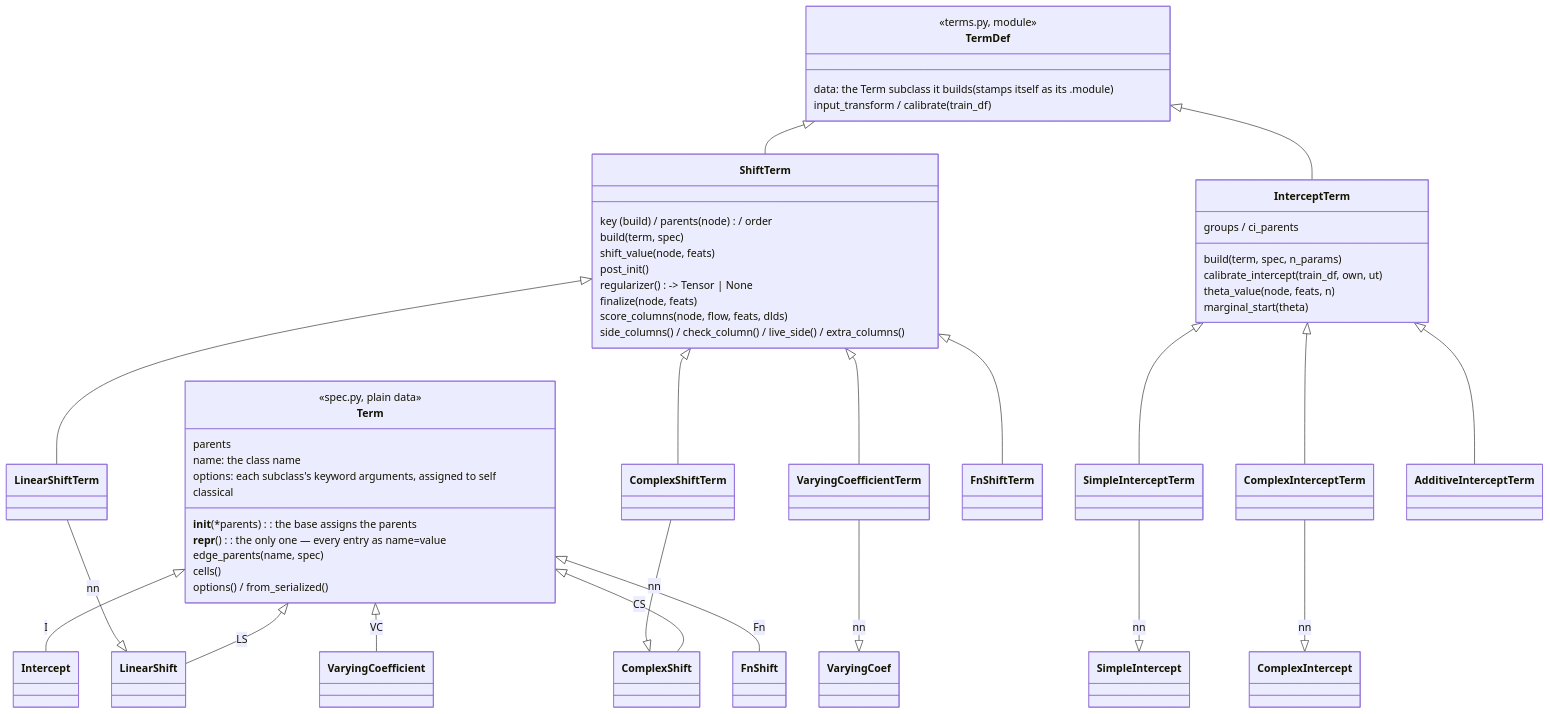
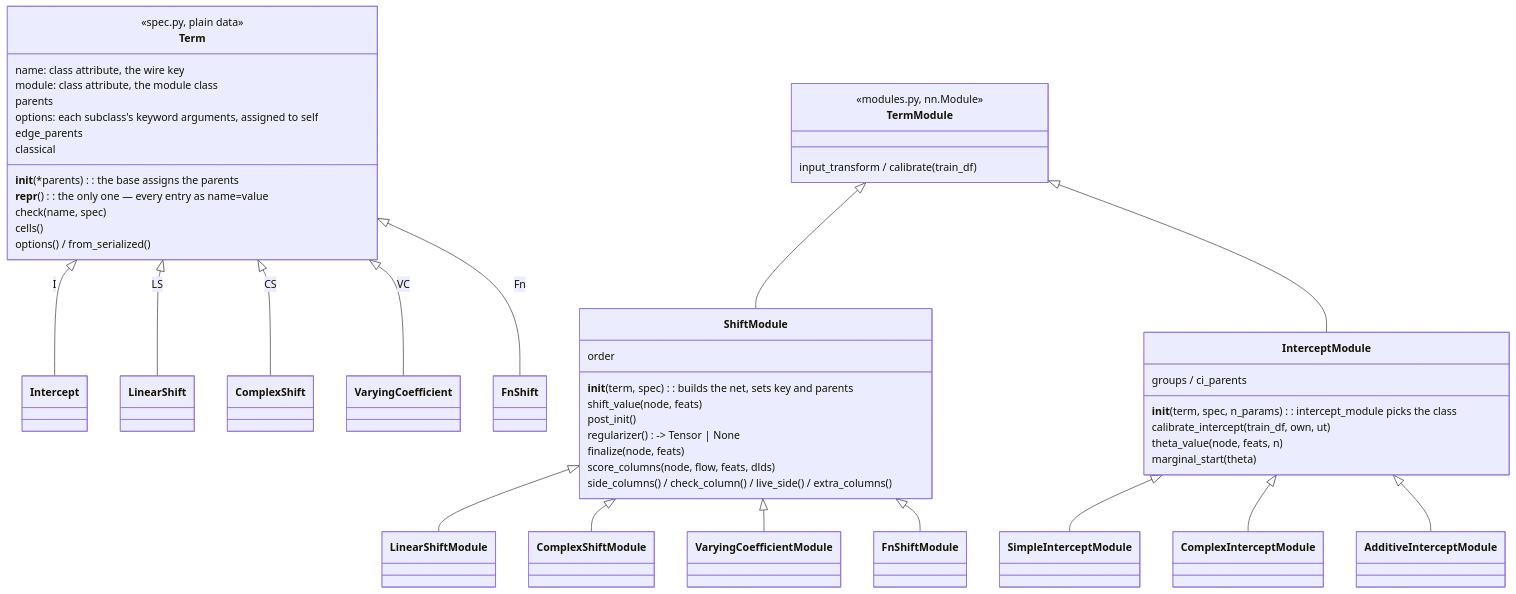
The second of 6 diagrams in docs/architecture.md (tensorchiefs/tramdag), drawn with Mermaid before and after one commit. The commit also changed other lines of this file and 8 other files, not shown here.

````diff
--- a/docs/architecture.md
+++ b/docs/architecture.md
@@ -51,56 +56,52 @@
 ```mermaid
 classDiagram
     class Term {
         <<spec.py, plain data>>
+        name: class attribute, the wire key
+        module: class attribute, the module class
         parents
-        name: the class name
         __init__(*parents): the base assigns the parents
         options: each subclass's keyword arguments, assigned to self
         __repr__(): the only one — every entry as name=value
-        edge_parents(name, spec)
+        check(name, spec)
+        edge_parents
         cells()
         classical
         options() / from_serialized()
     }
     Term <|-- Intercept : I
     Term <|-- LinearShift : LS
     Term <|-- ComplexShift : CS
     Term <|-- VaryingCoefficient : VC
     Term <|-- FnShift : Fn
-    class TermDef {
-        <<terms.py, module>>
-        data: the Term subclass it builds (stamps itself as its .module)
+    class TermModule {
+        <<modules.py, nn.Module>>
         input_transform / calibrate(train_df)
     }
-    class ShiftTerm {
-        key (build) / parents (node) / order
-        build(term, spec)
+    class ShiftModule {
+        __init__(term, spec): builds the net, sets key and parents
+        order
         shift_value(node, feats)
         post_init()
         regularizer() -> Tensor | None
         finalize(node, feats)
         score_columns(node, flow, feats, dlds)
         side_columns() / check_column() / live_side() / extra_columns()
     }
-    class InterceptTerm {
+    class InterceptModule {
+        __init__(term, spec, n_params): intercept_module picks the class
         groups / ci_parents
-        build(term, spec, n_params)
         calibrate_intercept(train_df, own, ut)
         theta_value(node, feats, n)
         marginal_start(theta)
     }
-    TermDef <|-- ShiftTerm
-    TermDef <|-- InterceptTerm
-    ShiftTerm <|-- LinearShiftTerm
-    ShiftTerm <|-- ComplexShiftTerm
-    ShiftTerm <|-- VaryingCoefficientTerm
-    ShiftTerm <|-- FnShiftTerm
-    InterceptTerm <|-- SimpleInterceptTerm
-    InterceptTerm <|-- ComplexInterceptTerm
-    InterceptTerm <|-- AdditiveInterceptTerm
-    LinearShiftTerm --|> LinearShift : nn
-    ComplexShiftTerm --|> ComplexShift : nn
-    VaryingCoefficientTerm --|> VaryingCoef : nn
-    SimpleInterceptTerm --|> SimpleIntercept : nn
-    ComplexInterceptTerm --|> ComplexIntercept : nn
+    TermModule <|-- ShiftModule
+    TermModule <|-- InterceptModule
+    ShiftModule <|-- LinearShiftModule
+    ShiftModule <|-- ComplexShiftModule
+    ShiftModule <|-- VaryingCoefficientModule
+    ShiftModule <|-- FnShiftModule
+    InterceptModule <|-- SimpleInterceptModule
+    InterceptModule <|-- ComplexInterceptModule
+    InterceptModule <|-- AdditiveInterceptModule
 ```
````
